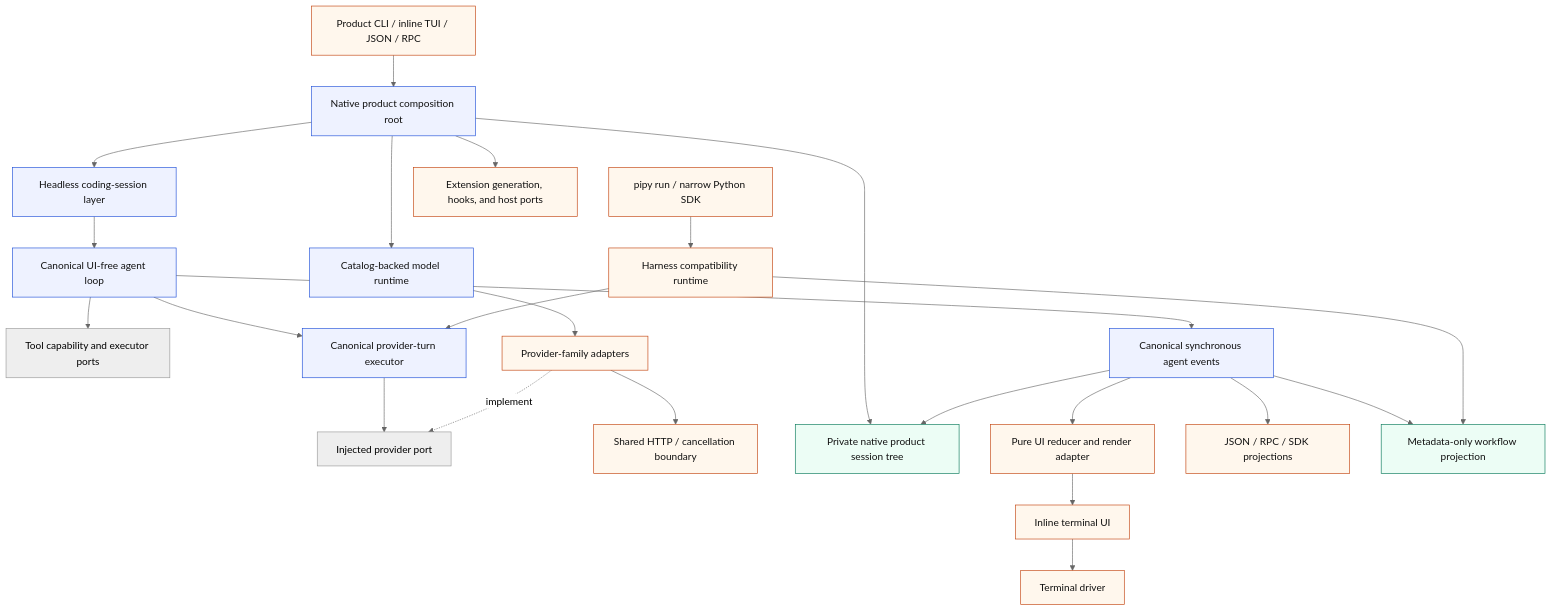
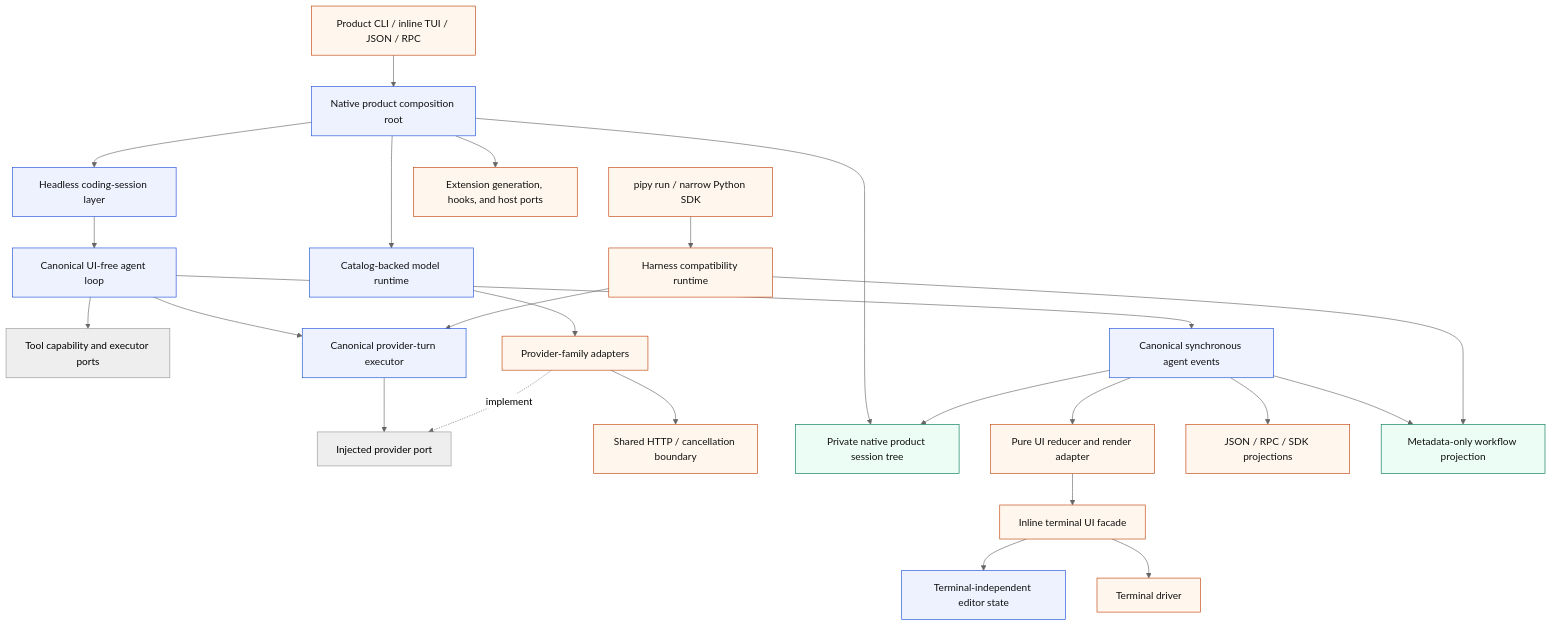
The diagram in docs/architecture.md (ephes/pipy), drawn with Mermaid (neutral theme) before and after one commit. The commit also changed other lines of this file and 15 other files, not shown here.

Commit message:
refactor: extract terminal editor state

````diff
--- a/docs/architecture.md
+++ b/docs/architecture.md
@@ -18,32 +18,33 @@
 ```mermaid
 flowchart TB
   Entrypoints[Product CLI / inline TUI / JSON / RPC] --> Composition[Native product composition root]
   CompatEntrypoints[pipy run / narrow Python SDK] --> Compat[Harness compatibility runtime]
   Composition --> Coding[Headless coding-session layer]
   Coding --> Agent[Canonical UI-free agent loop]
   Agent --> Tools[Tool capability and executor ports]
   Agent --> ProviderExecutor[Canonical provider-turn executor]
   Compat --> ProviderExecutor
   ProviderExecutor --> ProviderPort[Injected provider port]
   Composition --> Runtime[Catalog-backed model runtime]
   Runtime --> Providers[Provider-family adapters]
   Providers -. implement .-> ProviderPort
   Providers --> HTTP[Shared HTTP / cancellation boundary]
   Composition --> Extensions[Extension generation, hooks, and host ports]
   Composition --> ProductTree[Private native product session tree]
   Agent --> Events[Canonical synchronous agent events]
   Events --> UI[Pure UI reducer and render adapter]
   Events --> Automation[JSON / RPC / SDK projections]
   Events --> ProductTree
   Events --> Workflow[Metadata-only workflow projection]
   Compat --> Workflow
-  UI --> TUI[Inline terminal UI]
+  UI --> TUI[Inline terminal UI facade]
+  TUI --> Editor[Terminal-independent editor state]
   TUI --> Driver[Terminal driver]
 
   classDef core fill:#eef2ff,stroke:#1d4ed8,color:#111111;
   classDef adapter fill:#fff7ed,stroke:#c2410c,color:#111111;
   classDef store fill:#ecfdf5,stroke:#047857,color:#111111;
-  class Agent,Coding,Composition,Runtime,Events,ProviderExecutor core;
+  class Agent,Coding,Composition,Runtime,Events,ProviderExecutor,Editor core;
   class Entrypoints,CompatEntrypoints,Compat,Providers,HTTP,Extensions,UI,TUI,Driver,Automation adapter;
   class ProductTree,Workflow store;
 ```
````
